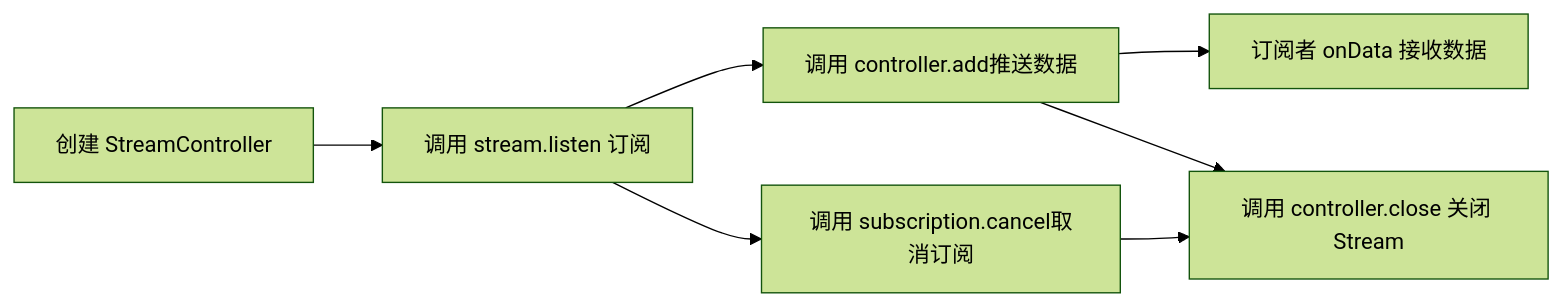
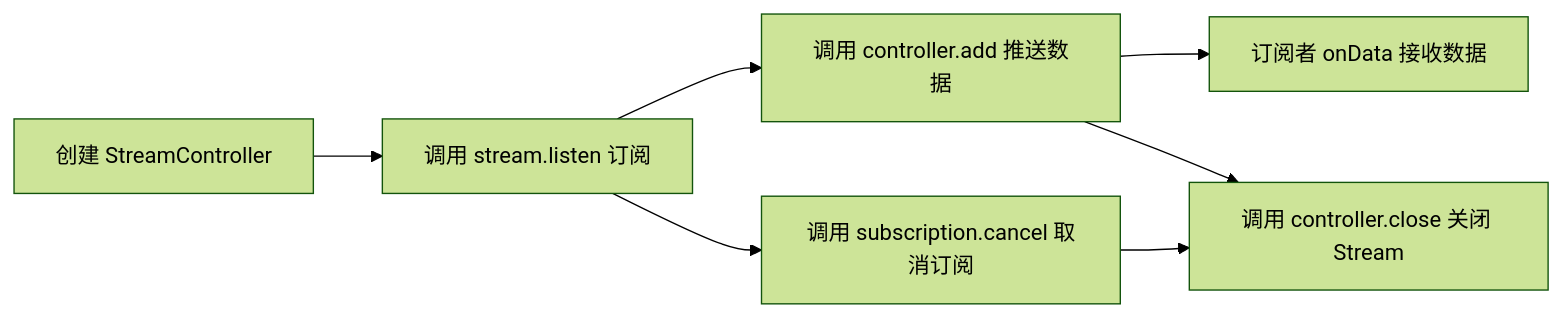
Before and after one commit to lizy-coding/flutter_study: the first of 2 diagrams in stream_subscription/README.md, drawn with Mermaid (forest theme).

````diff
--- a/stream_subscription/README.md
+++ b/stream_subscription/README.md
@@ -55,9 +55,9 @@
 ```mermaid
 flowchart LR
-  A[创建 StreamController] --> B[调用 stream.listen 订阅]
-  B --> C[调用 controller.add推送数据]
-  C --> D[订阅者 onData 接收数据]
-  B --> E[调用 subscription.cancel取消订阅]
-  E --> F[调用 controller.close 关闭 Stream]
+  A["创建 StreamController"] --> B["调用 stream.listen 订阅"]
+  B --> C["调用 controller.add 推送数据"]
+  C --> D["订阅者 onData 接收数据"]
+  B --> E["调用 subscription.cancel 取消订阅"]
+  E --> F["调用 controller.close 关闭 Stream"]
   C --> F
 ```
````
